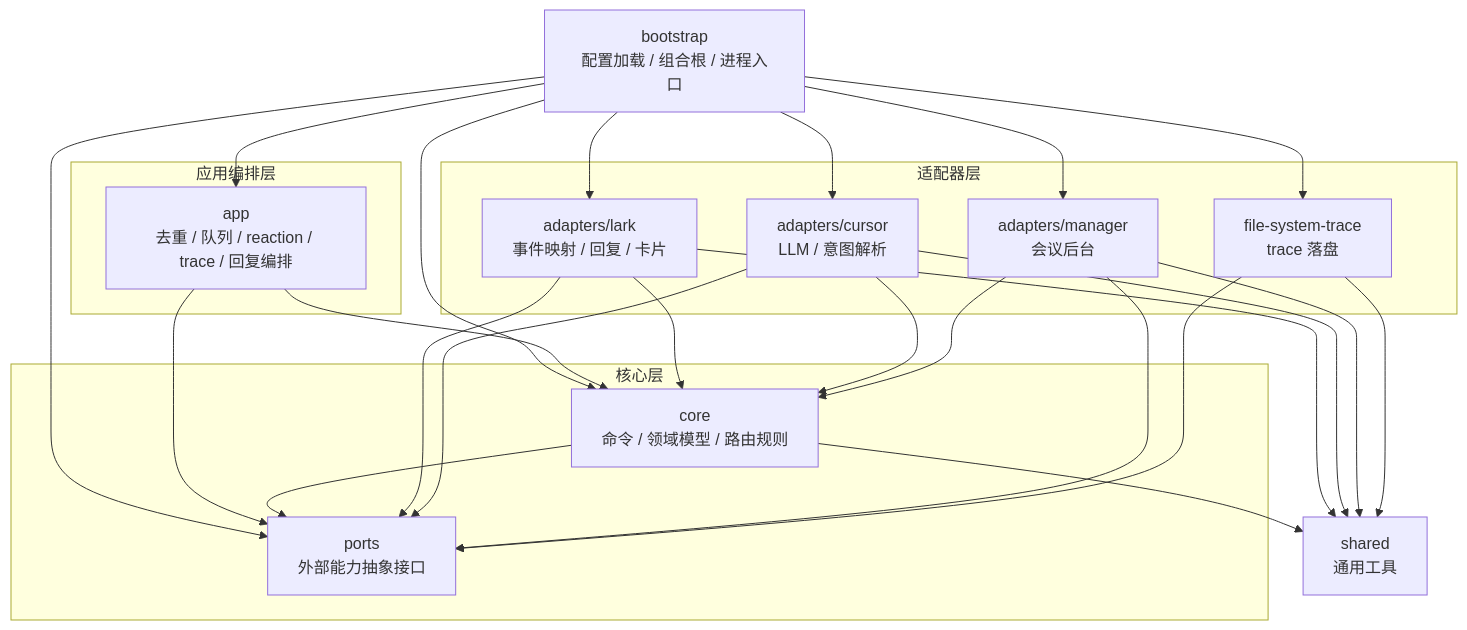
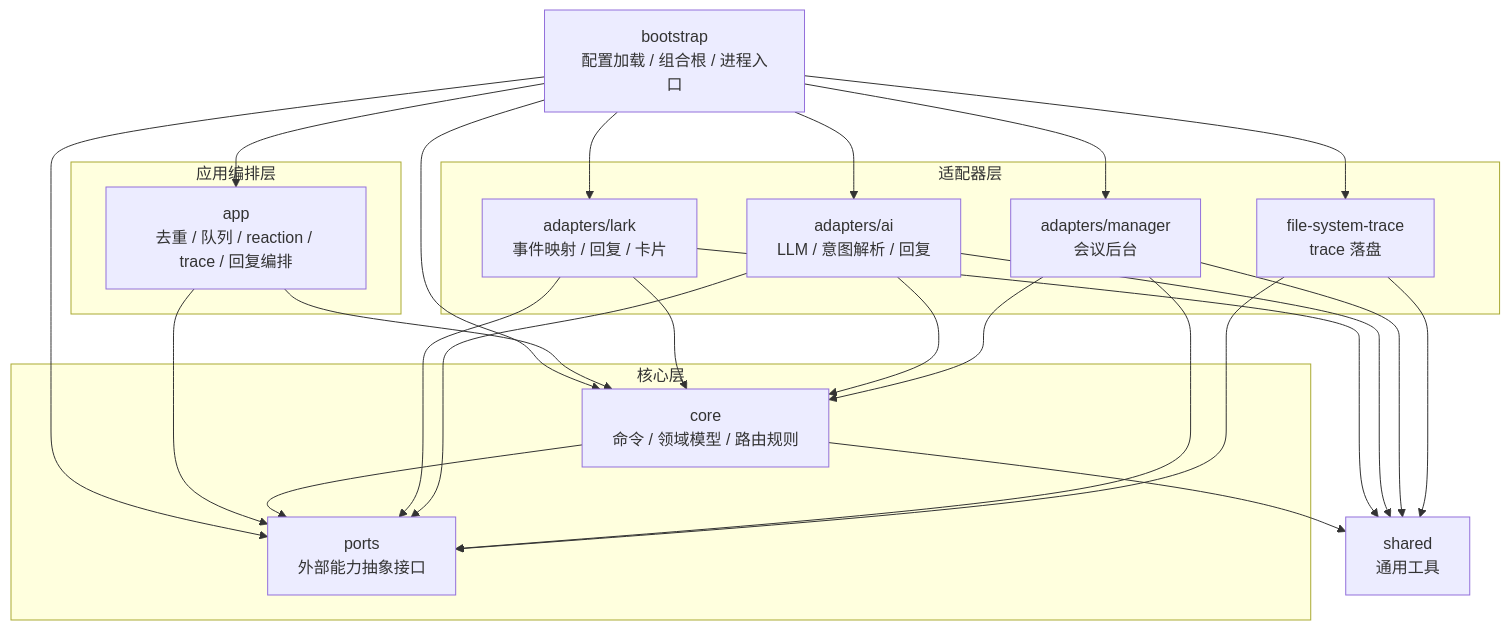
Before and after one commit to zreal-leo/feishu-cli: the first of 3 diagrams in docs/ARCHITECTURE.md, drawn with Mermaid. The commit also changed other lines of this file and 31 other files, not shown here.

````diff
--- a/docs/ARCHITECTURE.md
+++ b/docs/ARCHITECTURE.md
@@ -61,50 +62,50 @@
 ```mermaid
 flowchart TB
     Bootstrap["bootstrap<br/>配置加载 / 组合根 / 进程入口"]
 
     subgraph AppLayer["应用编排层"]
         App["app<br/>去重 / 队列 / reaction / trace / 回复编排"]
     end
 
     subgraph CoreLayer["核心层"]
         Core["core<br/>命令 / 领域模型 / 路由规则"]
         Ports["ports<br/>外部能力抽象接口"]
     end
 
     subgraph AdapterLayer["适配器层"]
         Lark["adapters/lark<br/>事件映射 / 回复 / 卡片"]
-        Cursor["adapters/cursor<br/>LLM / 意图解析"]
+        AI["adapters/ai<br/>LLM / 意图解析 / 回复"]
         Manager["adapters/manager<br/>会议后台"]
         Trace["file-system-trace<br/>trace 落盘"]
     end
 
     Shared["shared<br/>通用工具"]
 
     Bootstrap --> App
     Bootstrap --> Core
     Bootstrap --> Ports
     Bootstrap --> Lark
-    Bootstrap --> Cursor
+    Bootstrap --> AI
     Bootstrap --> Manager
     Bootstrap --> Trace
 
     App --> Core
     App --> Ports
 
     Core --> Ports
     Core --> Shared
 
     Lark --> Ports
-    Cursor --> Ports
+    AI --> Ports
     Manager --> Ports
     Trace --> Ports
 
     Lark --> Core
-    Cursor --> Core
+    AI --> Core
     Manager --> Core
 
     Lark --> Shared
-    Cursor --> Shared
+    AI --> Shared
     Manager --> Shared
     Trace --> Shared
 ```
````
